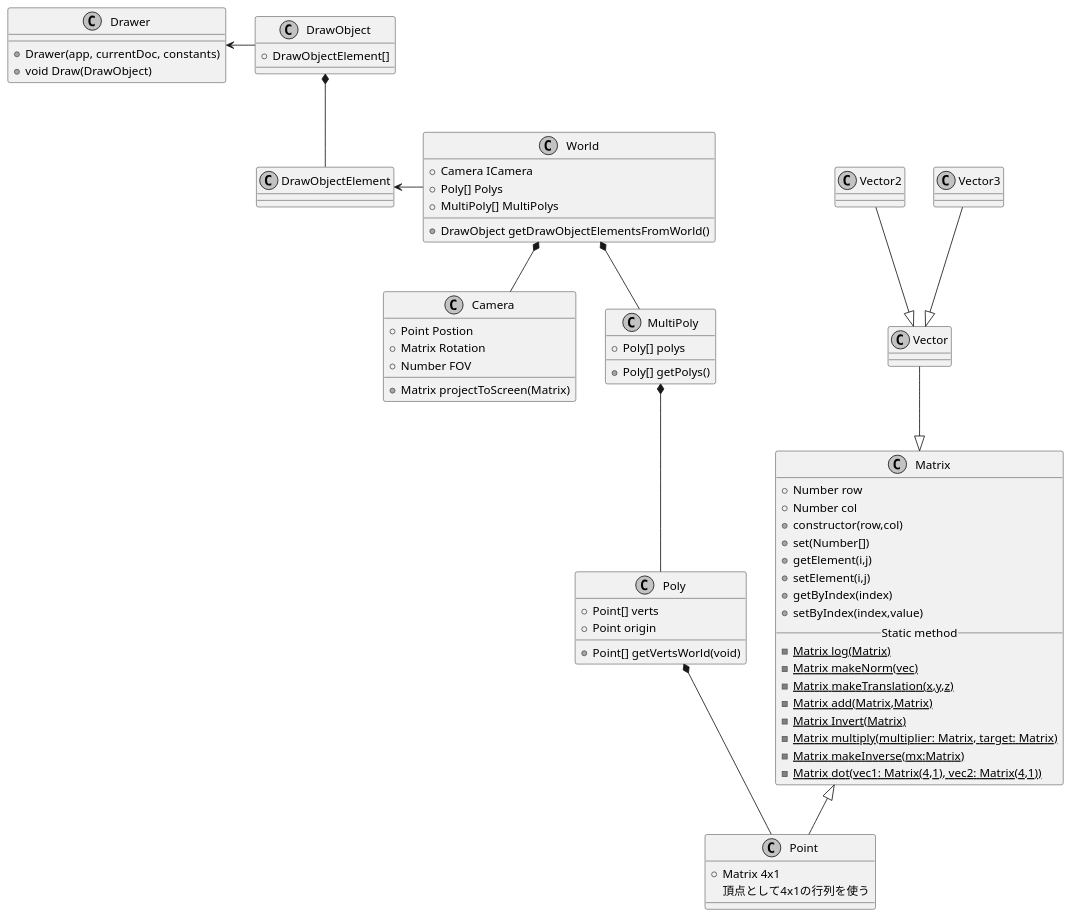
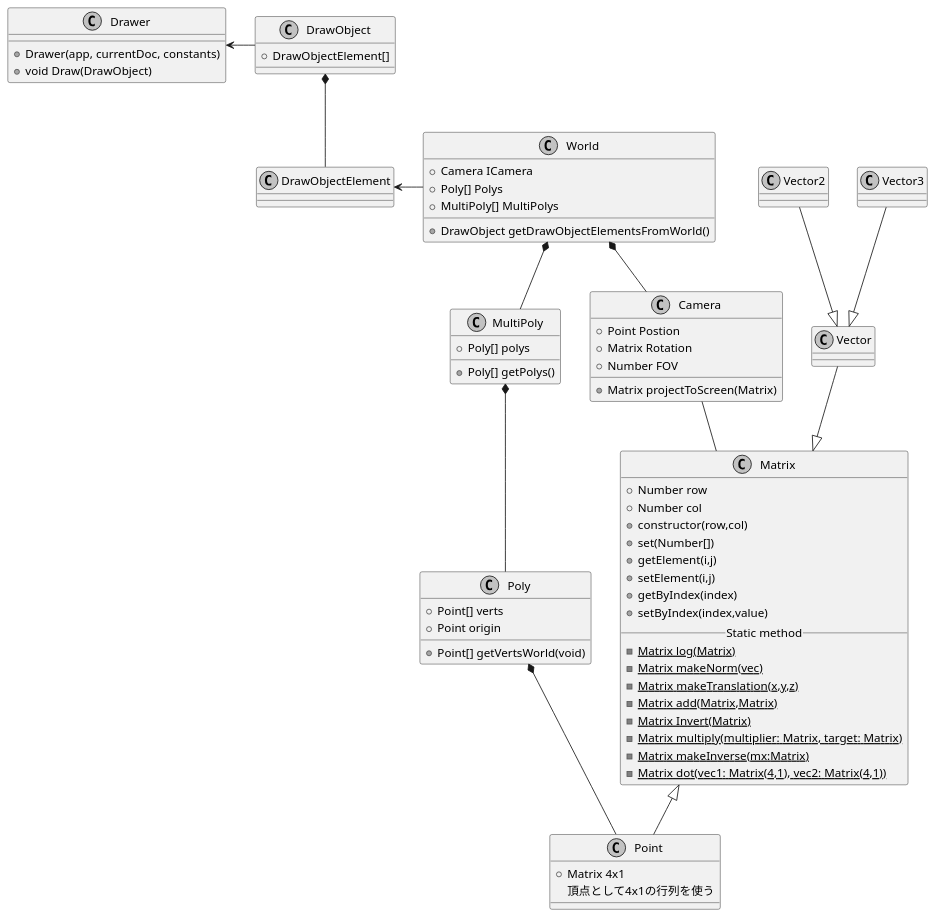
One commit to takiren/ExtendYourPerspectives changed the diagram in docs/plantuml/Architecture.pu. Above: the diagram before and after it, drawn with PlantUML.

Commit message:
クラス図変更

```diff
--- a/docs/plantuml/Architecture.pu
+++ b/docs/plantuml/Architecture.pu
@@ -1,83 +1,83 @@
 @startuml Architecture
 skinparam {
     monochrome true
     padding 1
 }
 
 
 
 class Camera{
     + Point Postion
     + Matrix Rotation
     + Number FOV
     + Matrix projectToScreen(Matrix)
 }
 
 class World{
     + Camera ICamera
     + Poly[] Polys
     + MultiPoly[] MultiPolys
     + DrawObject getDrawObjectElementsFromWorld()
 }
 
 class Point{
     + Matrix 4x1
     頂点として4x1の行列を使う
 }
 
 class Matrix{
     + Number row
     + Number col
     + constructor(row,col)
     + set(Number[])
     + getElement(i,j)
     + setElement(i,j)
     + getByIndex(index)
     + setByIndex(index,value)
     __Static method__
     {static} - Matrix log(Matrix)
     {static} -Matrix makeNorm(vec)
     {static} -Matrix makeTranslation(x,y,z)
     {static} -Matrix add(Matrix,Matrix)
     {static} -Matrix Invert(Matrix)
     {static} -Matrix multiply(multiplier: Matrix, target: Matrix)
     {static} -Matrix makeInverse(mx:Matrix)
     {static} -Matrix dot(vec1: Matrix(4,1), vec2: Matrix(4,1))
 }
 class Vector{}
 class Vector2{}
 class Vector3{}
 
 class Drawer{
     + Drawer(app, currentDoc, constants)
     + void Draw(DrawObject)
 }
 
 class DrawObject{
     + DrawObjectElement[]
 }
 class DrawObjectElement{
 }
 class MultiPoly{
     + Poly[] polys
     + Poly[] getPolys()
 }
 class Poly{
     + Point[] verts
     + Point origin
     + Point[] getVertsWorld(void)
 }
 
 Vector --|> Matrix
 Vector2 --|> Vector
 Vector3 --|> Vector
 MultiPoly *--Poly
 World *-- Camera
 World *-- MultiPoly
-
+Camera --Matrix
 Matrix <|-- Point
 Poly *--Point
 DrawObject *-- DrawObjectElement
 DrawObjectElement <- World
 Drawer <- DrawObject
 @enduml
```
